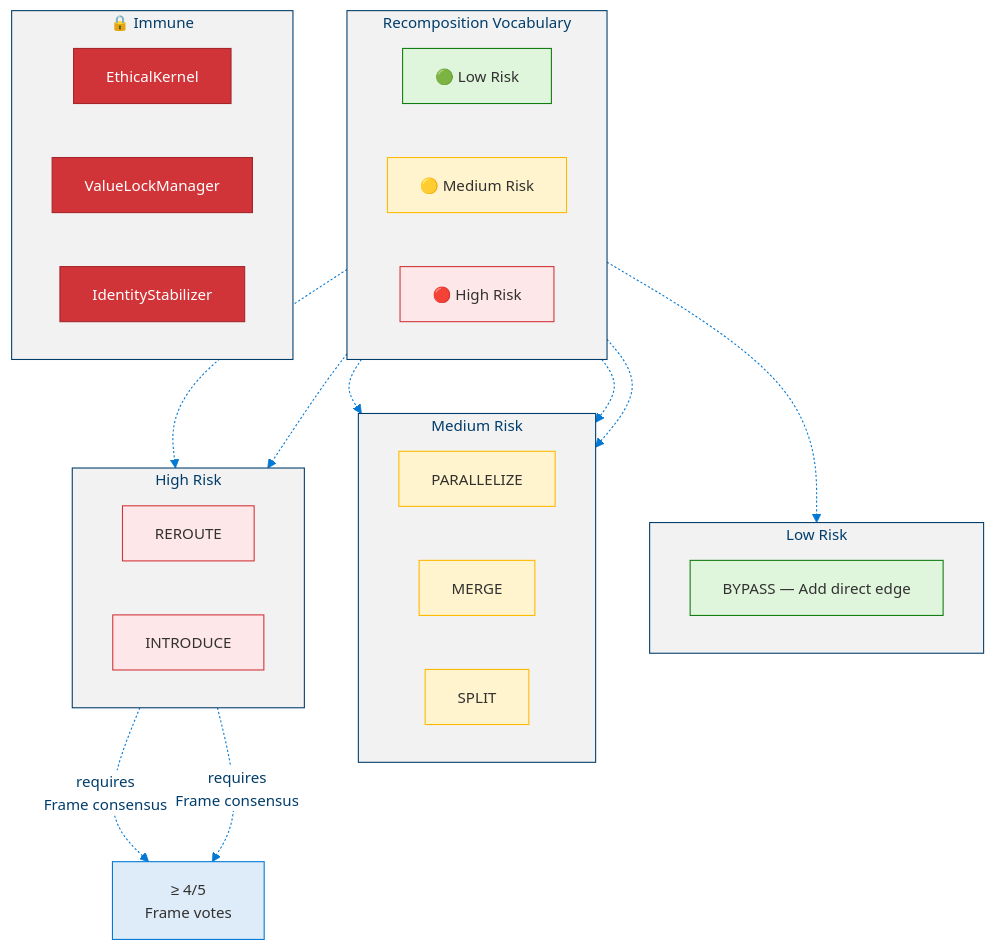
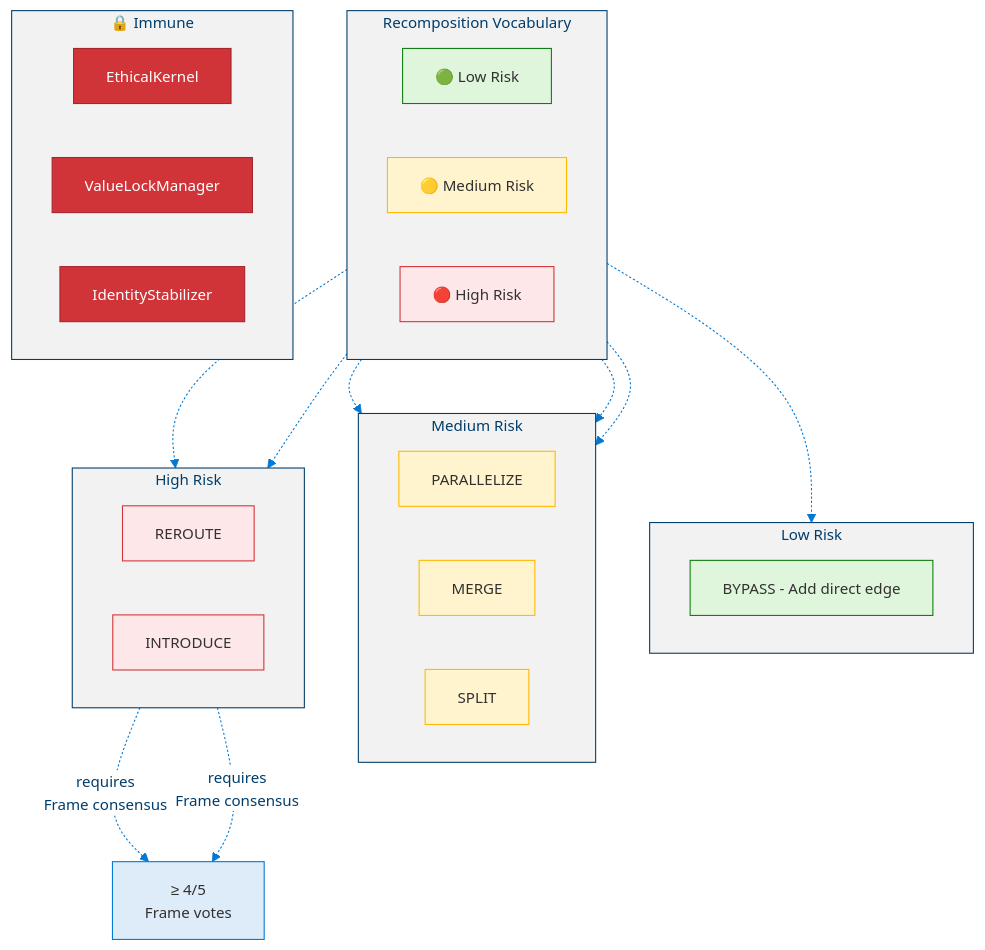
One commit to dotnetpower/mscp changed the fifth of 12 diagrams in docs/levels/Level_4_5_Self_Architecting.md. Above: the diagram before and after it, drawn with Mermaid. The commit also changed other lines of this file and 26 other files, not shown here.

````diff
--- a/docs/levels/Level_4_5_Self_Architecting.md
+++ b/docs/levels/Level_4_5_Self_Architecting.md
@@ -240,53 +240,53 @@
 ```mermaid
 %%{init: {'theme': 'base', 'themeVariables': {'primaryColor': '#0078D4', 'primaryTextColor': '#003D6B', 'primaryBorderColor': '#003D6B', 'secondaryColor': '#50E6FF', 'secondaryTextColor': '#323130', 'secondaryBorderColor': '#00BCF2', 'tertiaryColor': '#F2F2F2', 'tertiaryTextColor': '#323130', 'lineColor': '#0078D4', 'textColor': '#323130', 'mainBkg': '#DEECF9', 'nodeBorder': '#0078D4', 'clusterBkg': '#F2F2F2', 'clusterBorder': '#003D6B', 'titleColor': '#003D6B', 'edgeLabelBackground': '#FFFFFF', 'fontSize': '14px'}}}%%
 flowchart TD
   classDef low fill:#DFF6DD,stroke:#107C10,color:#323130
   classDef med fill:#FFF4CE,stroke:#FFB900,color:#323130
   classDef high fill:#FDE7E9,stroke:#D13438,color:#323130
   classDef immune fill:#D13438,stroke:#A4262C,color:#FFF
   classDef consensus fill:#DEECF9,stroke:#0078D4,color:#323130
 
   subgraph Types["Recomposition Vocabulary"]
     direction LR
     T_LOW["🟢 Low Risk"]:::low
     T_MED["🟡 Medium Risk"]:::med
     T_HIGH["🔴 High Risk"]:::high
   end
 
   subgraph LowR["Low Risk"]
     direction LR
-    BYPASS["BYPASS — Add direct edge"]:::low
+    BYPASS["BYPASS - Add direct edge"]:::low
   end
 
   subgraph MedR["Medium Risk"]
     direction LR
     PARA["PARALLELIZE"]:::med
     MERGE["MERGE"]:::med
     SPLIT["SPLIT"]:::med
   end
 
   subgraph HighR["High Risk"]
     direction LR
     REROUTE["REROUTE"]:::high
     INTRODUCE["INTRODUCE"]:::high
   end
 
   subgraph Immune["🔒 Immune"]
     direction LR
     IMM1["EthicalKernel"]:::immune
     IMM2["ValueLockManager"]:::immune
     IMM3["IdentityStabilizer"]:::immune
   end
 
   FC["≥ 4/5<br/>Frame votes"]:::consensus
 
   T_LOW -.-> BYPASS
   T_MED -.-> PARA
   T_MED -.-> MERGE
   T_MED -.-> SPLIT
   T_HIGH -.-> REROUTE
   T_HIGH -.-> INTRODUCE
 
   REROUTE -.->|"requires<br/>Frame consensus"| FC
   INTRODUCE -.->|"requires<br/>Frame consensus"| FC
 ```
````
